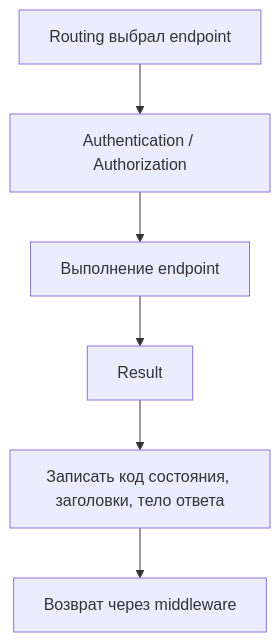
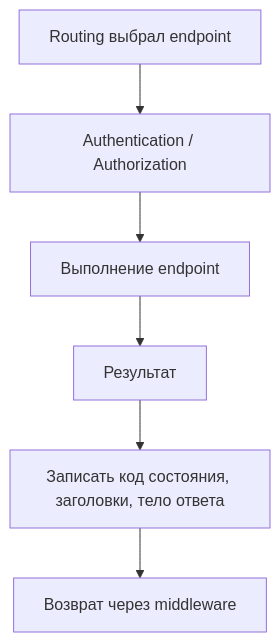
The diagram in 02_ASPNET_Core_Request_Pipeline/07_Endpoint_Execution.md (EugenTovarchi/Backend-Engineer-Handbook), drawn with Mermaid before and after one commit. The commit also changed other lines of this file and 6 other files, not shown here.

````diff
--- a/02_ASPNET_Core_Request_Pipeline/07_Endpoint_Execution.md
+++ b/02_ASPNET_Core_Request_Pipeline/07_Endpoint_Execution.md
@@ -233,8 +233,8 @@
 ```mermaid
 flowchart TD
     Routing[Routing выбрал endpoint] --> Auth[Authentication / Authorization]
     Auth --> Execute[Выполнение endpoint]
-    Execute --> Result[Result]
+    Execute --> Result[Результат]
     Result --> Response[Записать код состояния, заголовки, тело ответа]
     Response --> Back[Возврат через middleware]
 ```
````
